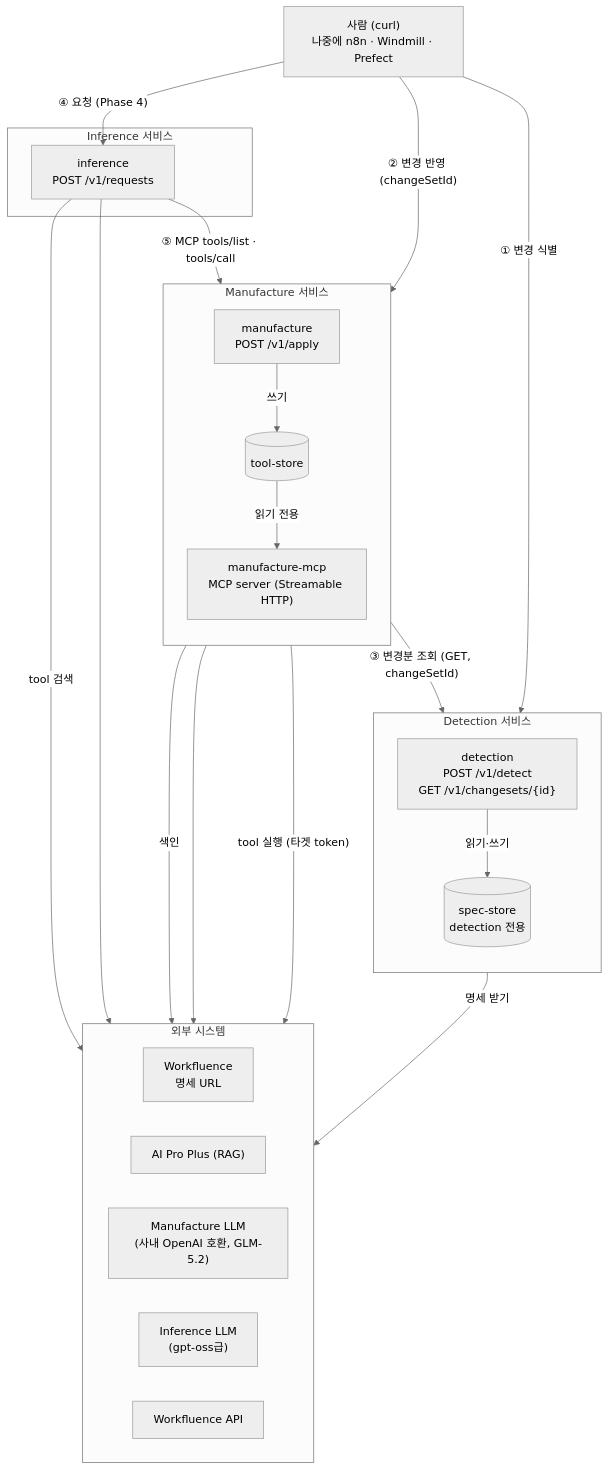
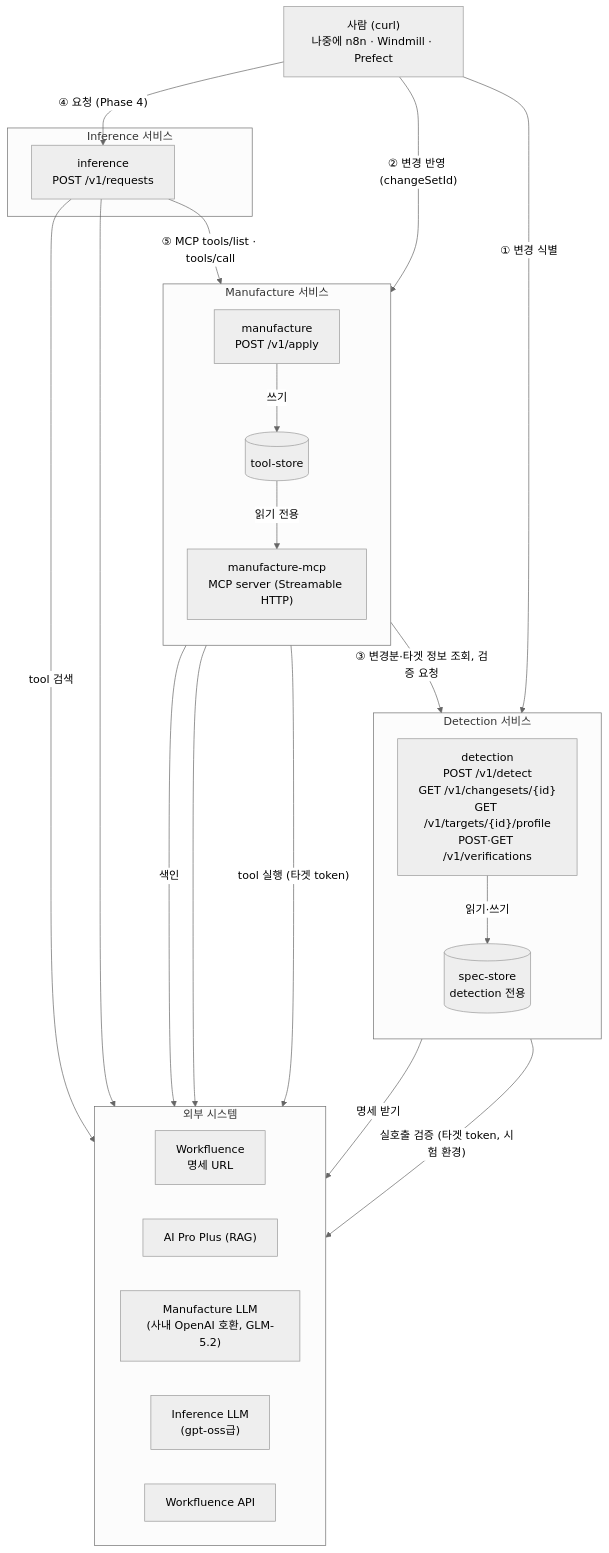
The first of 4 diagrams in docs/시스템아키텍처.md (tanminkwan/agent4workfluence), drawn with Mermaid (neutral theme) before and after one commit. The commit also changed other lines of this file and 5 other files, not shown here.

````diff
--- a/docs/시스템아키텍처.md
+++ b/docs/시스템아키텍처.md
@@ -25,47 +26,48 @@
 ```mermaid
 flowchart TB
     caller["사람 (curl)<br/>나중에 n8n · Windmill · Prefect"]
 
     subgraph DET["Detection 서비스"]
         direction TB
-        detection["detection<br/>POST /v1/detect<br/>GET /v1/changesets/{id}"]
+        detection["detection<br/>POST /v1/detect<br/>GET /v1/changesets/{id}<br/>GET /v1/targets/{id}/profile<br/>POST·GET /v1/verifications"]
         specstore[("spec-store<br/>detection 전용")]
         detection -- "읽기·쓰기" --> specstore
     end
 
     subgraph MAN["Manufacture 서비스"]
         direction TB
         manufacture["manufacture<br/>POST /v1/apply"]
         toolstore[("tool-store")]
         mcp["manufacture-mcp<br/>MCP server (Streamable HTTP)"]
         manufacture -- "쓰기" --> toolstore
         toolstore -- "읽기 전용" --> mcp
     end
 
     subgraph INF["Inference 서비스"]
         inference["inference<br/>POST /v1/requests"]
     end
 
     subgraph EXT["외부 시스템"]
         direction LR
         wfspec["Workfluence<br/>명세 URL"]
         rag["AI Pro Plus (RAG)"]
         opus["Manufacture LLM<br/>(사내 OpenAI 호환, GLM-5.2)"]
         oss["Inference LLM<br/>(gpt-oss급)"]
         wfapi["Workfluence API"]
     end
 
     caller -- "① 변경 식별" --> detection
     caller -- "② 변경 반영 (changeSetId)" --> manufacture
     caller -- "④ 요청 (Phase 4)" --> inference
 
-    manufacture -- "③ 변경분 조회 (GET, changeSetId)" --> detection
+    manufacture -- "③ 변경분·타겟 정보 조회, 검증 요청" --> detection
     inference -- "⑤ MCP tools/list · tools/call" --> mcp
 
     detection -- "명세 받기" --> wfspec
+    detection -- "실호출 검증 (타겟 token, 시험 환경)" --> wfapi
     manufacture -- "색인" --> rag
     manufacture --> opus
     inference -- "tool 검색" --> rag
     inference --> oss
     mcp -- "tool 실행 (타겟 token)" --> wfapi
 ```
````
